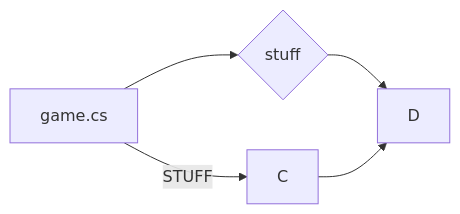
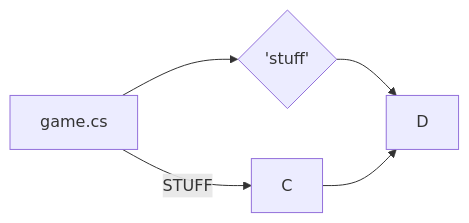
One commit to dconlrn/dconlrn.github.io changed the first of 3 diagrams in merm.md. Above: the diagram before and after it, drawn with Mermaid. The commit also changed other lines of this file, not shown here.

```diff
--- a/merm.md
+++ b/merm.md
@@ -10,11 +10,11 @@
 <div class="mermaid"> 
 
 
 graph LR;
-    A[game.cs]-->B{stuff};
+    A[game.cs]-->B{'stuff'};
     A-->|STUFF|C;
     B-->D;
     C-->D;
 
 
 </div> 
```
